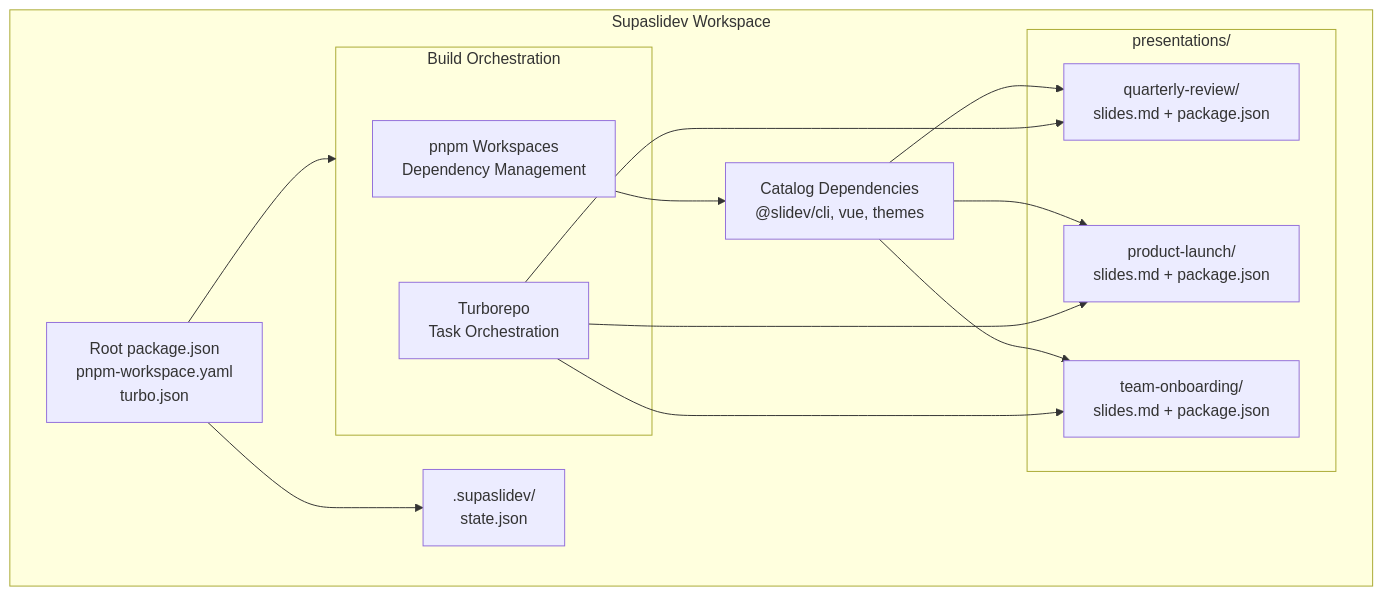
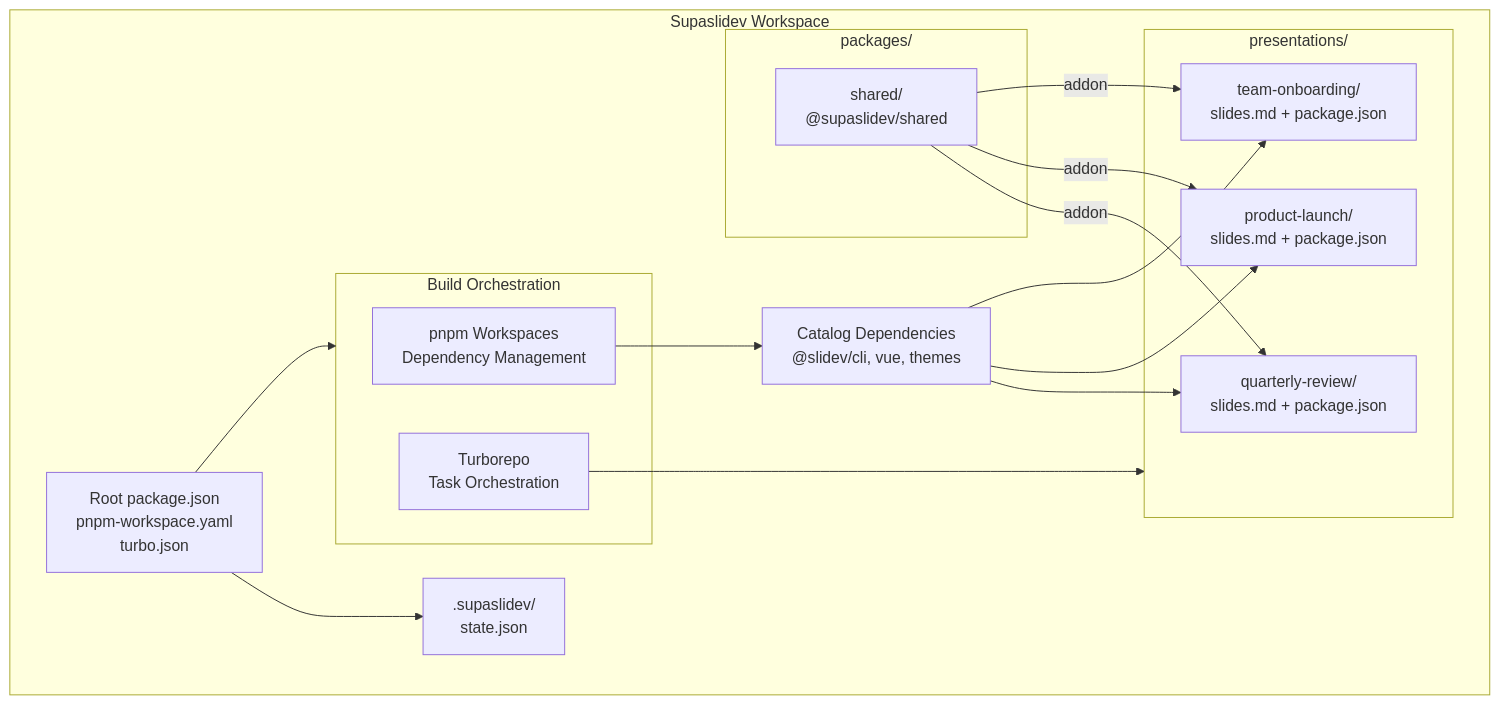
The diagram in docs/content/3.concepts/1.monorepo.md (timdamen/SupaSliDev), drawn with Mermaid before and after one commit. The commit also changed other lines of this file and 13 other files, not shown here.

````diff
--- a/docs/content/3.concepts/1.monorepo.md
+++ b/docs/content/3.concepts/1.monorepo.md
@@ -20,30 +20,35 @@
 ```mermaid
 graph TB
     subgraph Workspace["Supaslidev Workspace"]
         Root["Root package.json<br/>pnpm-workspace.yaml<br/>turbo.json"]
 
         subgraph Tools["Build Orchestration"]
             PNPM["pnpm Workspaces<br/>Dependency Management"]
             Turbo["Turborepo<br/>Task Orchestration"]
+        end
+
+        subgraph Packages["packages/"]
+            Shared["shared/<br/>@supaslidev/shared"]
         end
 
         subgraph Presentations["presentations/"]
             P1["quarterly-review/<br/>slides.md + package.json"]
             P2["product-launch/<br/>slides.md + package.json"]
             P3["team-onboarding/<br/>slides.md + package.json"]
         end
 
         Catalog["Catalog Dependencies<br/>@slidev/cli, vue, themes"]
         State[".supaslidev/<br/>state.json"]
     end
 
     Root --> Tools
     PNPM --> Catalog
     Catalog --> P1
     Catalog --> P2
     Catalog --> P3
-    Turbo --> P1
-    Turbo --> P2
-    Turbo --> P3
+    Shared -->|addon| P1
+    Shared -->|addon| P2
+    Shared -->|addon| P3
+    Turbo --> Presentations
     Root --> State
 ```
````
